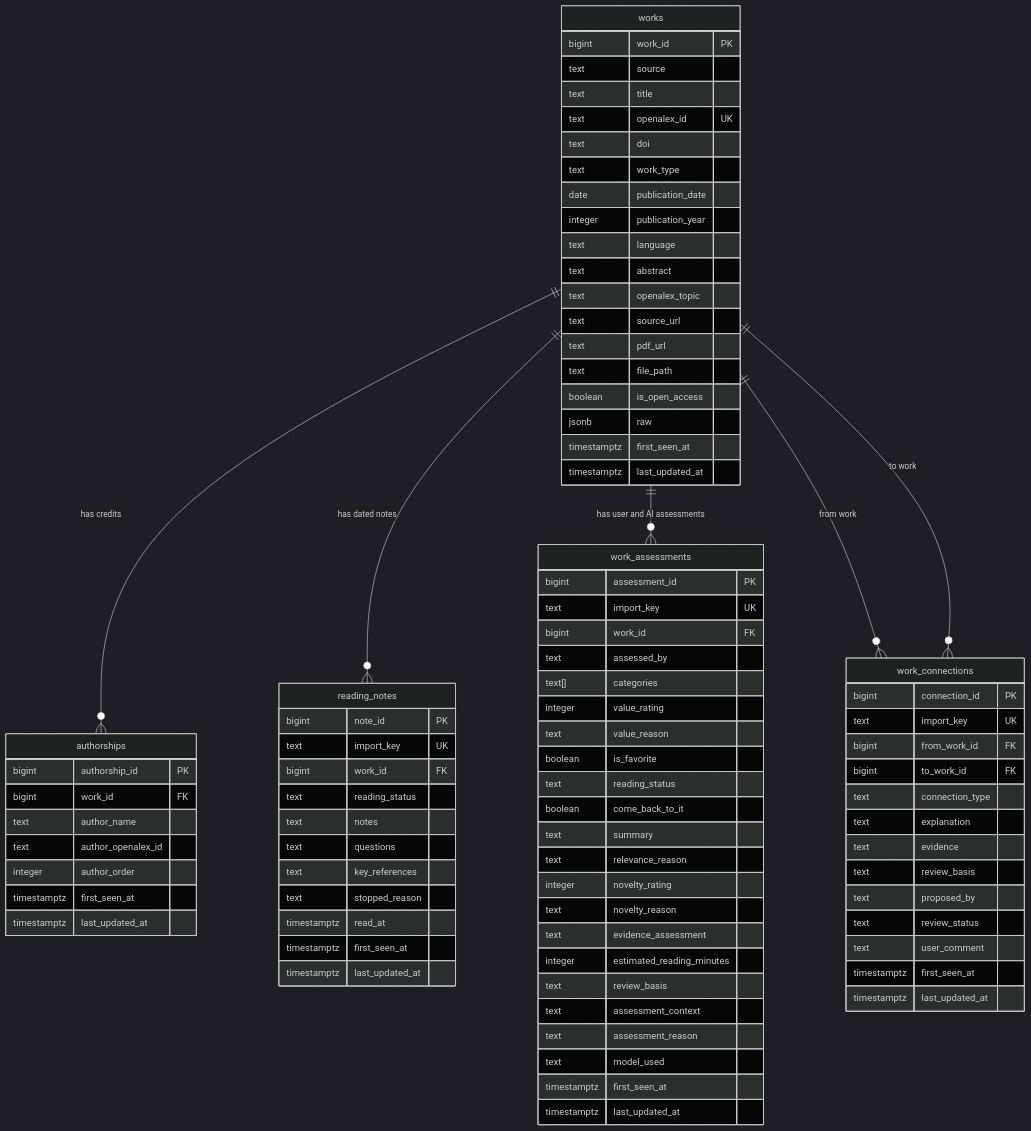
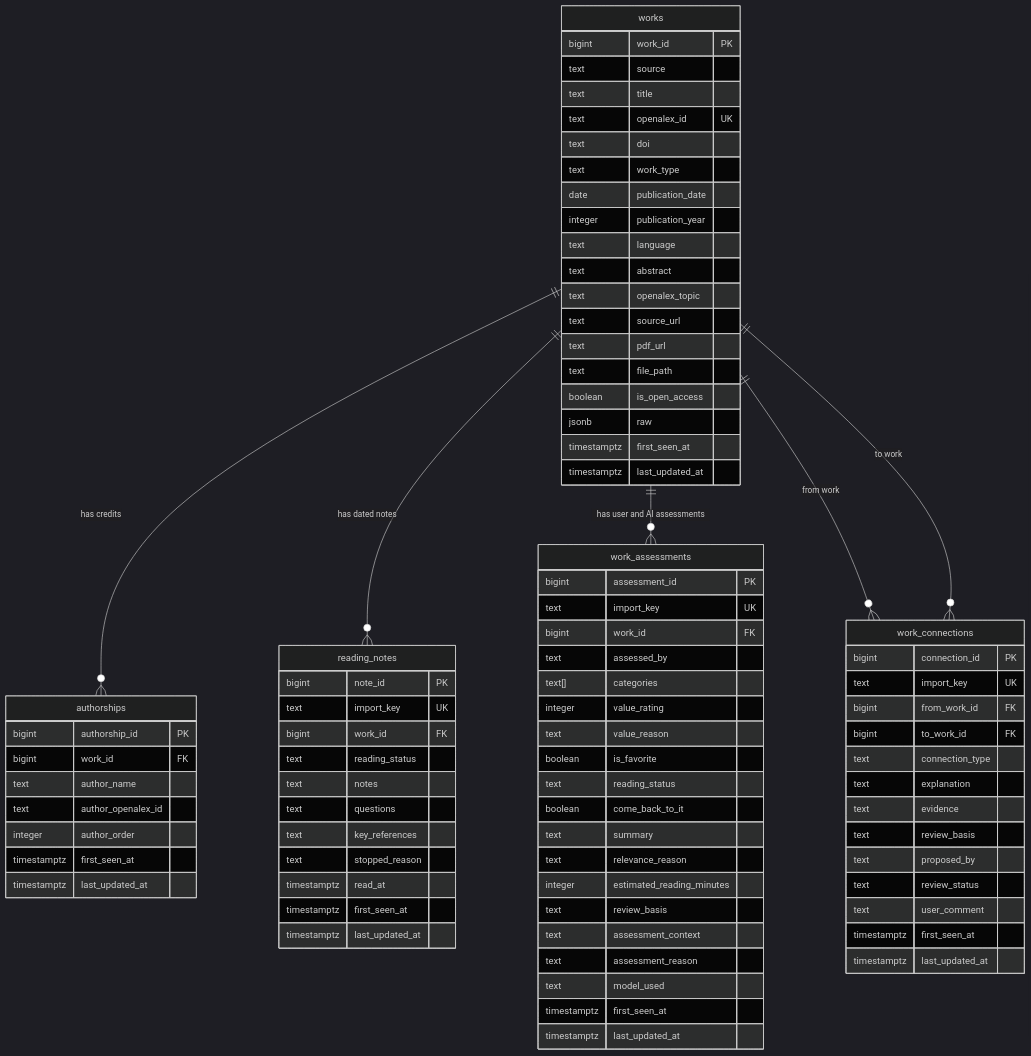
One commit to khoekstr/bsad6153-taylor changed the diagram in docs/schema.md. Above: the diagram before and after it, drawn with Mermaid (dark theme). The commit also changed 5 other files, not shown here.

```diff
--- a/docs/schema.md
+++ b/docs/schema.md
@@ -69,9 +69,6 @@
         boolean come_back_to_it
         text summary
         text relevance_reason
-        integer novelty_rating
-        text novelty_reason
-        text evidence_assessment
         integer estimated_reading_minutes
         text review_basis
         text assessment_context
```
